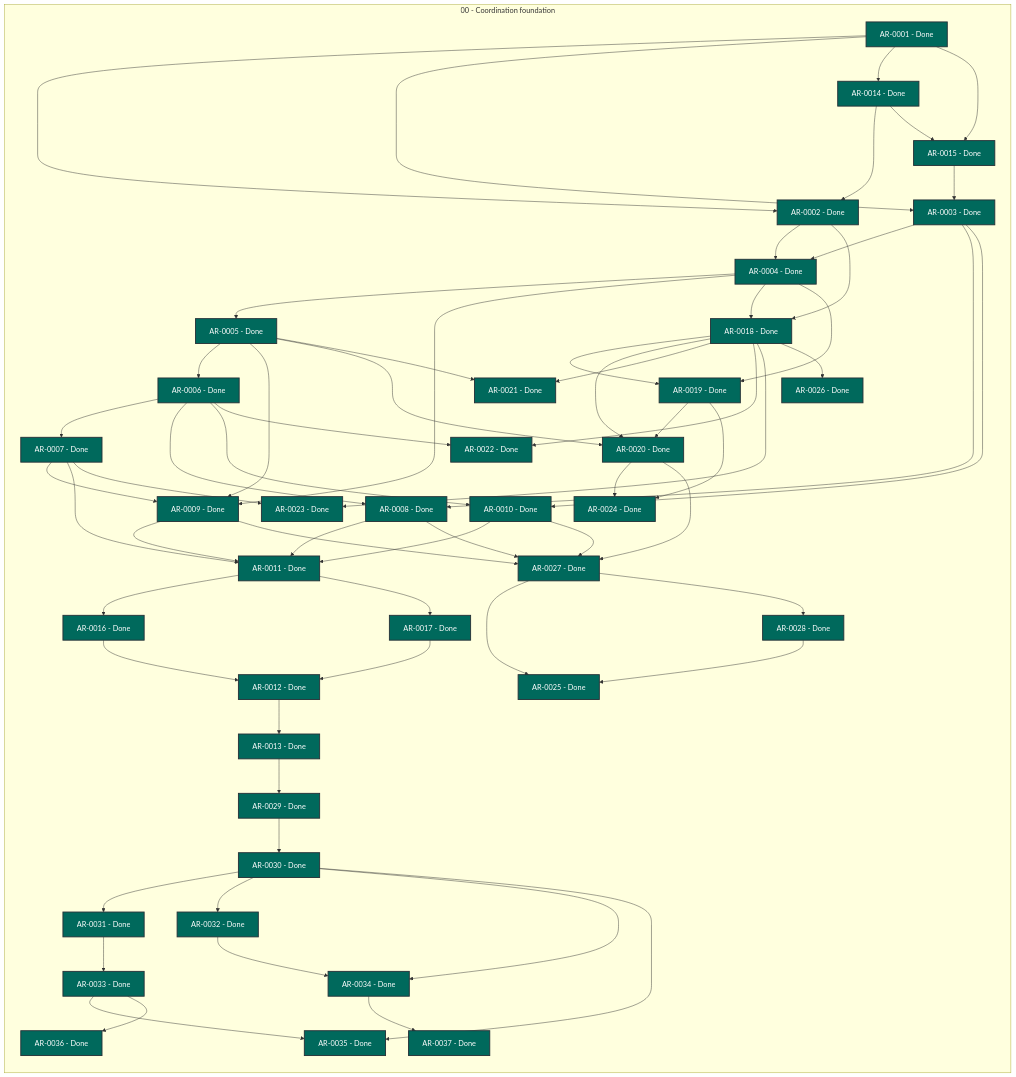
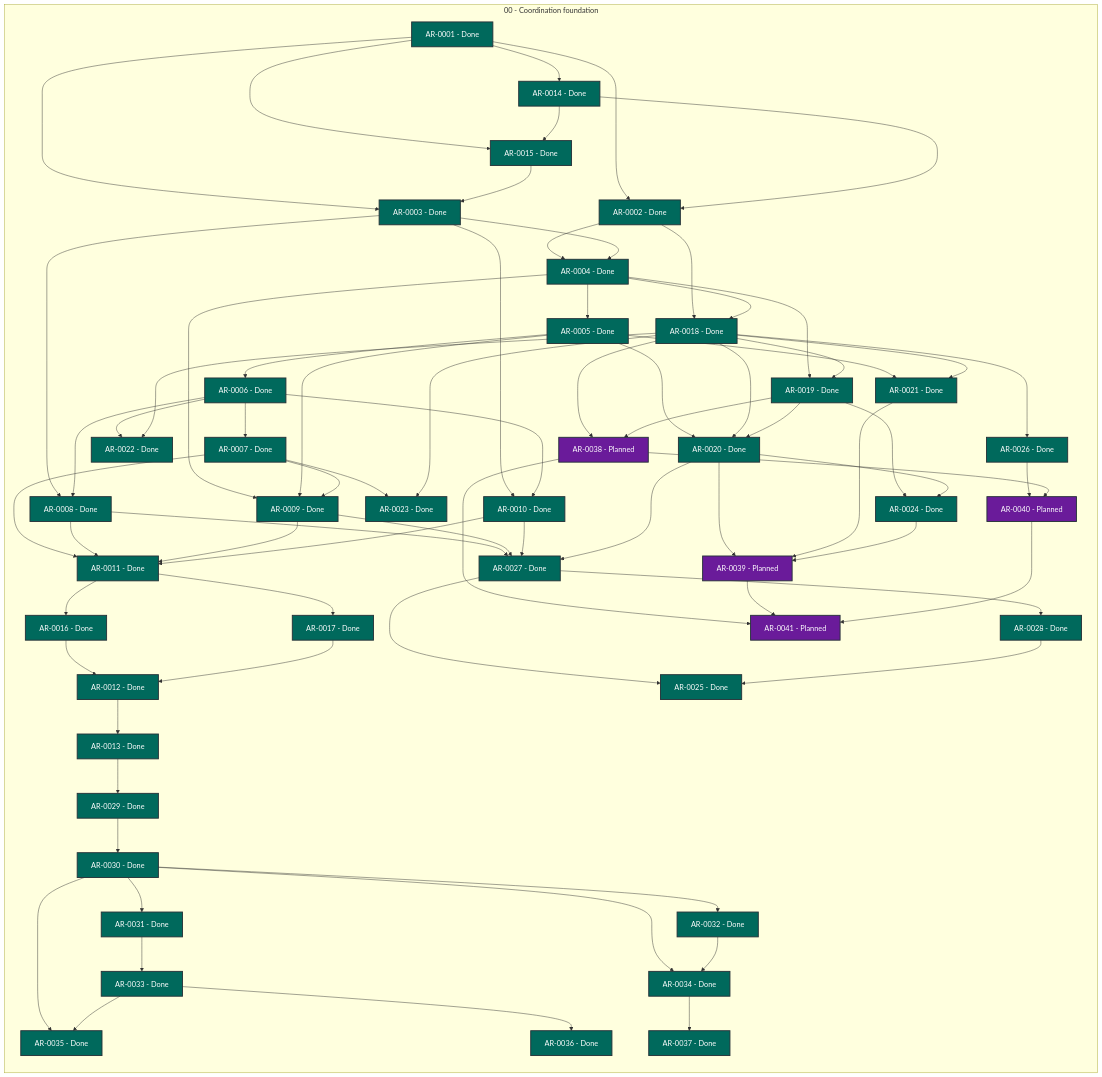
One commit to martin-beck/agent-workflow-tui-state changed the diagram in STATUS.md. Above: the diagram before and after it, drawn with Mermaid. The commit also changed other lines of this file and 2 other files, not shown here.

```diff
--- a/STATUS.md
+++ b/STATUS.md
@@ -65,6 +65,10 @@
         AR_0035["AR-0035 - Done"]:::status_done
         AR_0036["AR-0036 - Done"]:::status_done
         AR_0037["AR-0037 - Done"]:::status_done
+        AR_0038["AR-0038 - Planned"]:::status_planned
+        AR_0039["AR-0039 - Planned"]:::status_planned
+        AR_0040["AR-0040 - Planned"]:::status_planned
+        AR_0041["AR-0041 - Planned"]:::status_planned
     end
     AR_0001 --> AR_0002
     AR_0001 --> AR_0003
@@ -111,10 +115,16 @@
     AR_0018 --> AR_0022
     AR_0018 --> AR_0023
     AR_0018 --> AR_0026
+    AR_0018 --> AR_0038
     AR_0019 --> AR_0020
     AR_0019 --> AR_0024
+    AR_0019 --> AR_0038
     AR_0020 --> AR_0024
     AR_0020 --> AR_0027
+    AR_0020 --> AR_0039
+    AR_0021 --> AR_0039
+    AR_0024 --> AR_0039
+    AR_0026 --> AR_0040
     AR_0027 --> AR_0025
     AR_0027 --> AR_0028
     AR_0028 --> AR_0025
@@ -128,6 +138,10 @@
     AR_0033 --> AR_0035
     AR_0033 --> AR_0036
     AR_0034 --> AR_0037
+    AR_0038 --> AR_0040
+    AR_0038 --> AR_0041
+    AR_0039 --> AR_0041
+    AR_0040 --> AR_0041
     classDef status_in_progress fill:#1565c0,color:#ffffff,stroke:#263238,stroke-width:2px
     classDef status_open fill:#2e7d32,color:#ffffff,stroke:#263238,stroke-width:2px
     classDef status_blocked fill:#c62828,color:#ffffff,stroke:#263238,stroke-width:2px
```
